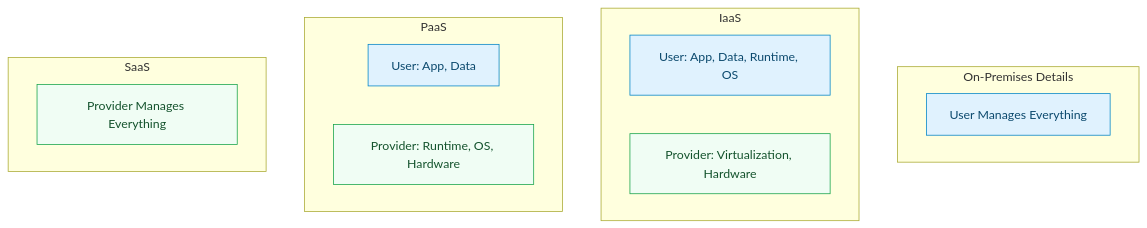
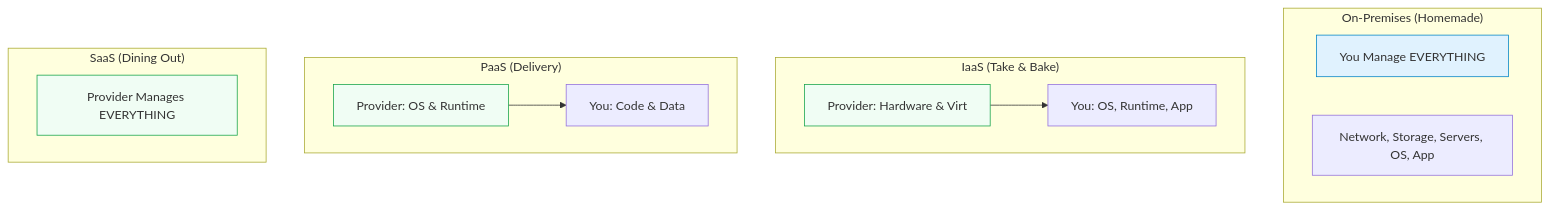
The diagram in curriculum/content/section_1_cloud_foundations.md (jyothivempa/gcp-study-plan), drawn with Mermaid before and after one commit. The commit also changed other lines of this file and 6 other files, not shown here.

````diff
--- a/curriculum/content/section_1_cloud_foundations.md
+++ b/curriculum/content/section_1_cloud_foundations.md
@@ -8,23 +13,30 @@
 ```mermaid
 graph TD
-    subgraph OnPrem [On-Premises Details]
-        OP[User Manages Everything]:::user
-    end
-    
-    subgraph IaaS [IaaS]
-        I1[User: App, Data, Runtime, OS]:::user
-        I2[Provider: Virtualization, Hardware]:::provider
+    subgraph OnPrem ["On-Premises (Homemade)"]
+        A[You Manage EVERYTHING]
+        A1[Network, Storage, Servers, OS, App]
     end
 
-    subgraph PaaS [PaaS]
-        P1[User: App, Data]:::user
-        P2[Provider: Runtime, OS, Hardware]:::provider
+    subgraph IaaS ["IaaS (Take & Bake)"]
+        B[Provider: Hardware & Virt]
+        B1[You: OS, Runtime, App]
+        B --> B1
     end
 
-    subgraph SaaS [SaaS]
-        S1[Provider Manages Everything]:::provider
+    subgraph PaaS ["PaaS (Delivery)"]
+        C[Provider: OS & Runtime]
+        C1[You: Code & Data]
+        C --> C1
+    end
+
+    subgraph SaaS ["SaaS (Dining Out)"]
+        D[Provider Manages EVERYTHING]
     end
 
     classDef user fill:#e0f2fe,stroke:#0284c7,color:#0c4a6e;
-    classDef provider fill:#f0fdf4,stroke:#16a34a,color:#14532d;
+    classDef prov fill:#f0fdf4,stroke:#16a34a,color:#14532d;
+    style A fill:#e0f2fe,stroke:#0284c7
+    style B fill:#f0fdf4,stroke:#16a34a
+    style C fill:#f0fdf4,stroke:#16a34a
+    style D fill:#f0fdf4,stroke:#16a34a
 ```
````
